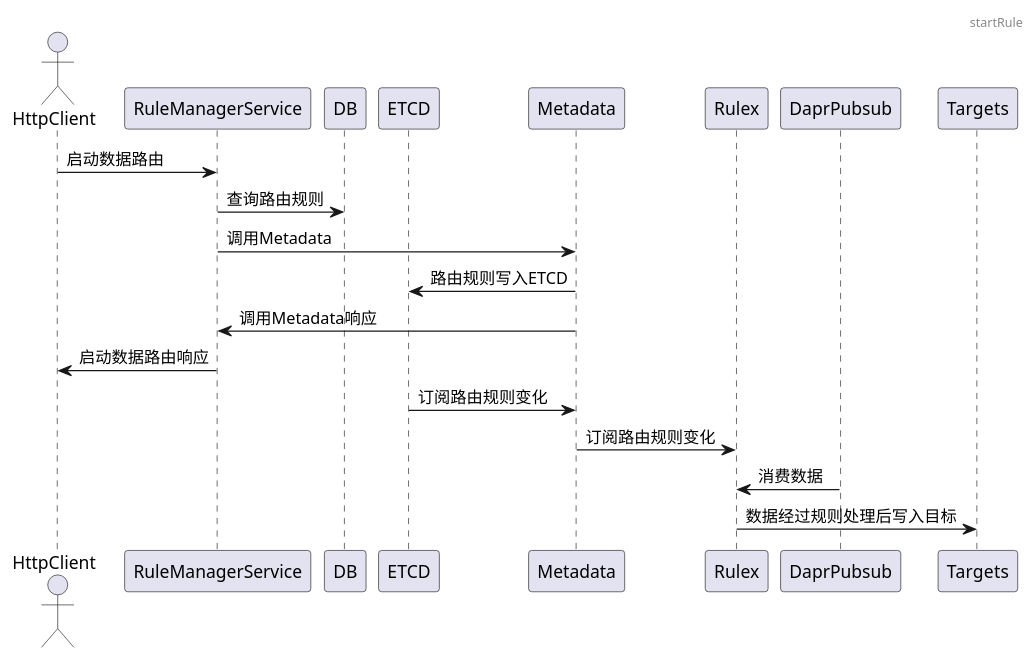
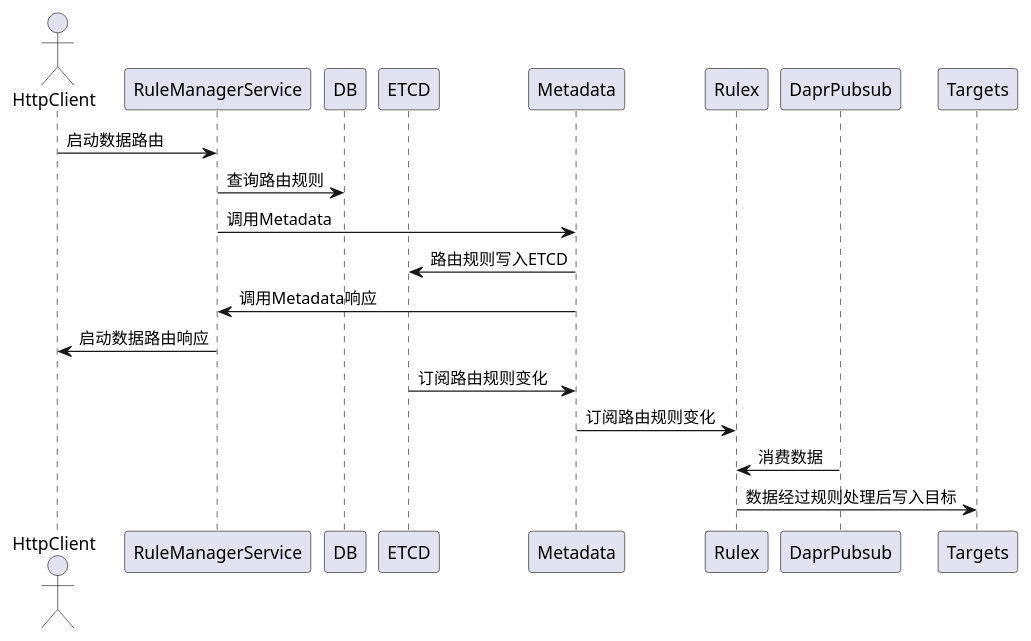
The third of 8 diagrams in docs/api/appendix/plantuml/rule_manager.md (tkeel-io/docs), drawn with PlantUML before and after one commit. The commit also changed other lines of this file and 2 other files, not shown here.

````diff
--- a/docs/api/appendix/plantuml/rule_manager.md
+++ b/docs/api/appendix/plantuml/rule_manager.md
@@ -30,25 +26,23 @@
 ```plantuml
-@startuml
-header startRule
 
 actor HttpClient
 participant RuleManagerService
 participant DB
 participant ETCD
 participant Metadata
 participant Rulex
 participant DaprPubsub
 participant Targets
 
 HttpClient->RuleManagerService:启动数据路由
 RuleManagerService->DB:查询路由规则
 RuleManagerService->Metadata:调用Metadata
 Metadata->ETCD:路由规则写入ETCD
 RuleManagerService<-Metadata:调用Metadata响应
 HttpClient<-RuleManagerService:启动数据路由响应
 ETCD->Metadata:订阅路由规则变化
 Rulex<-Metadata:订阅路由规则变化
 Rulex<-DaprPubsub:消费数据
 Rulex->Targets:数据经过规则处理后写入目标
 @enduml
 ```
````
